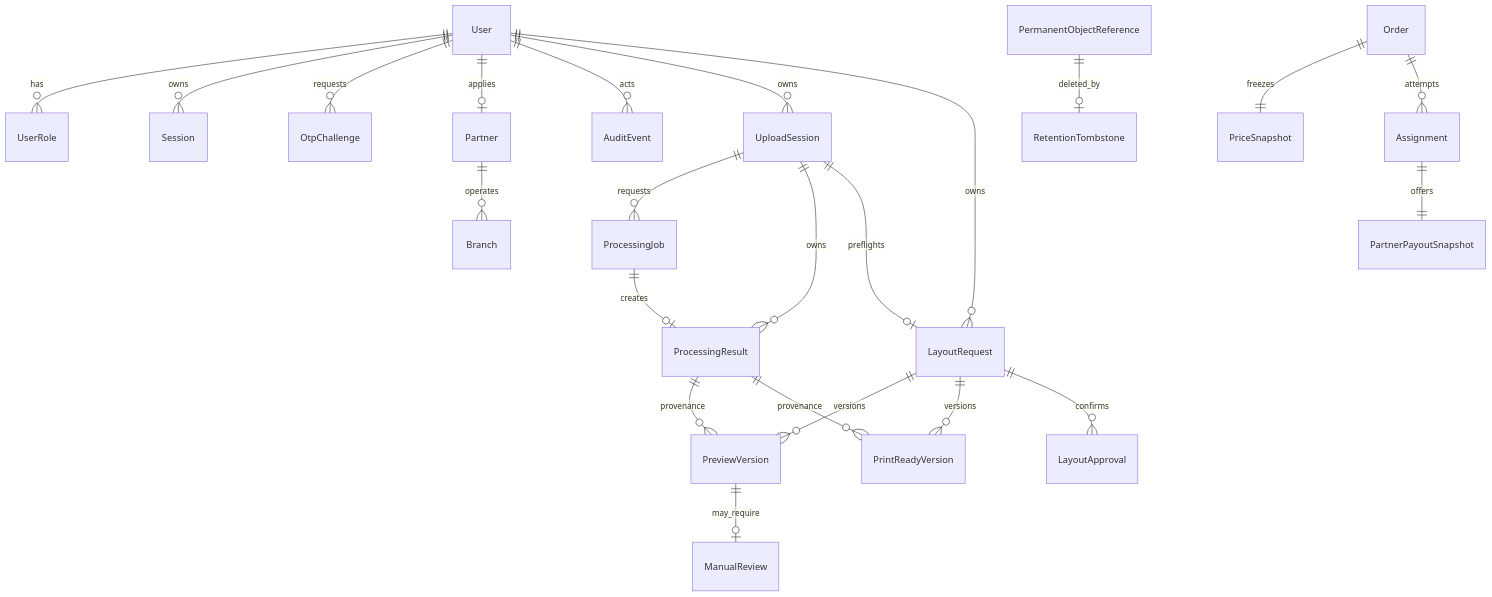
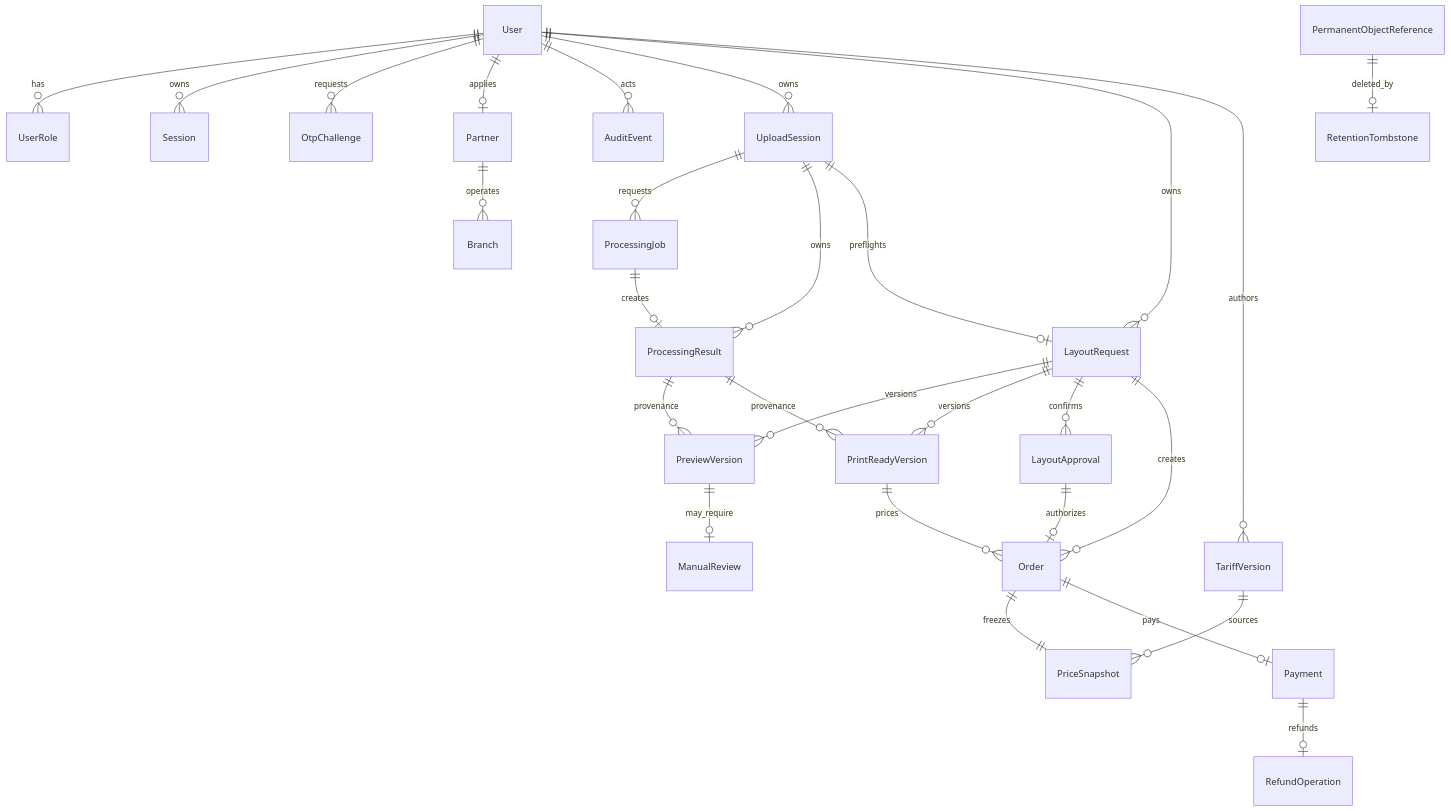
One commit to agata-flowers/agat-print changed the second of 2 diagrams in docs/ARCHITECTURE.md. Above: the diagram before and after it, drawn with Mermaid. The commit also changed other lines of this file and 9 other files, not shown here.

````diff
--- a/docs/ARCHITECTURE.md
+++ b/docs/ARCHITECTURE.md
@@ -47,25 +50,30 @@
 ```mermaid
 erDiagram
   User ||--o{ UserRole : has
   User ||--o{ Session : owns
   User ||--o{ OtpChallenge : requests
   User ||--o| Partner : applies
   Partner ||--o{ Branch : operates
   User ||--o{ AuditEvent : acts
   PermanentObjectReference ||--o| RetentionTombstone : deleted_by
   User ||--o{ UploadSession : owns
   UploadSession ||--o{ ProcessingJob : requests
   ProcessingJob ||--o| ProcessingResult : creates
   UploadSession ||--o{ ProcessingResult : owns
   User ||--o{ LayoutRequest : owns
   UploadSession ||--o| LayoutRequest : preflights
   LayoutRequest ||--o{ PreviewVersion : versions
   LayoutRequest ||--o{ PrintReadyVersion : versions
   ProcessingResult ||--o{ PreviewVersion : provenance
   ProcessingResult ||--o{ PrintReadyVersion : provenance
   LayoutRequest ||--o{ LayoutApproval : confirms
   PreviewVersion ||--o| ManualReview : may_require
+  User ||--o{ TariffVersion : authors
+  LayoutRequest ||--o{ Order : creates
+  LayoutApproval ||--o| Order : authorizes
+  PrintReadyVersion ||--o{ Order : prices
   Order ||--|| PriceSnapshot : freezes
-  Order ||--o{ Assignment : attempts
-  Assignment ||--|| PartnerPayoutSnapshot : offers
+  TariffVersion ||--o{ PriceSnapshot : sources
+  Order ||--o| Payment : pays
+  Payment ||--o| RefundOperation : refunds
 ```
````
